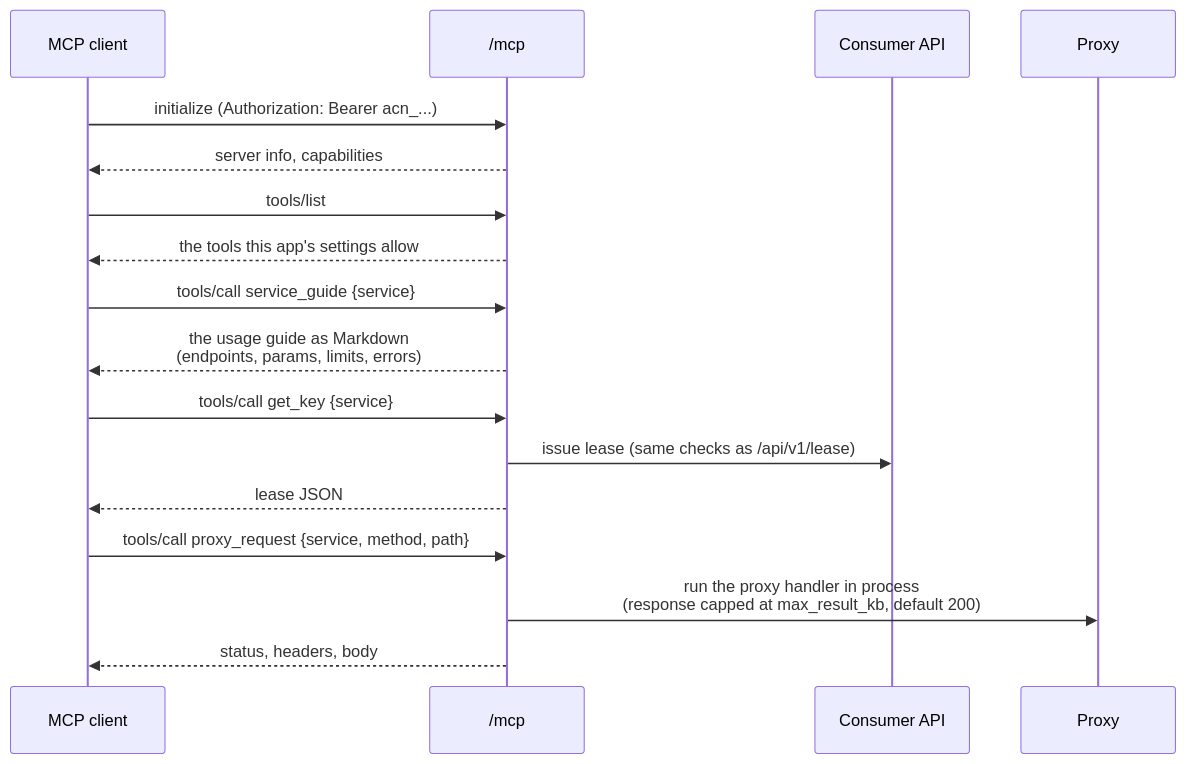
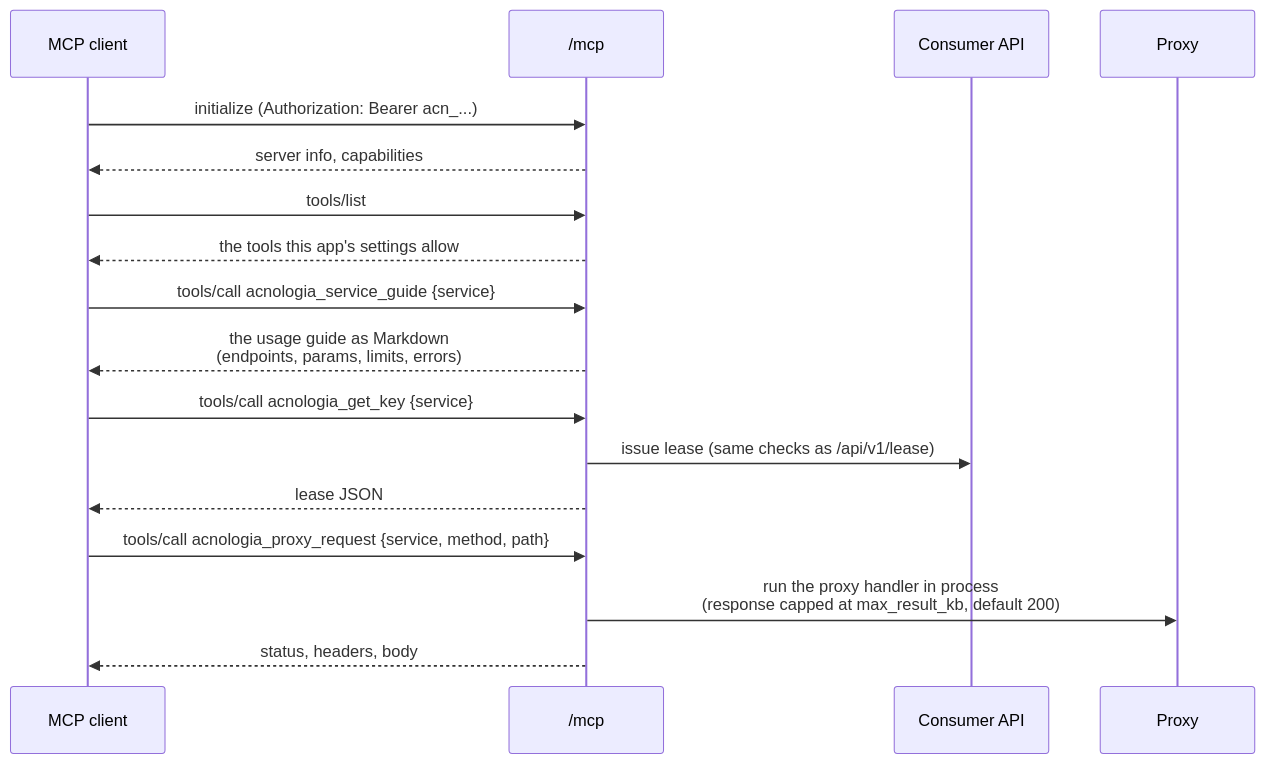
The ninth of 21 diagrams in server/internal/docsmd/files/flows.md (sidharthpunathil/acnologia), drawn with Mermaid before and after one commit. The commit also changed other lines of this file and 15 other files, not shown here.

First line of the commit message:
List the app MCP's built in tools as acnologia_<name> with output schemas

````diff
--- a/server/internal/docsmd/files/flows.md
+++ b/server/internal/docsmd/files/flows.md
@@ -499,20 +506,20 @@
 ```mermaid
 sequenceDiagram
     participant Ag as MCP client
     participant M as /mcp
     participant C as Consumer API
     participant P as Proxy
 
     Ag->>M: initialize (Authorization: Bearer acn_...)
     M-->>Ag: server info, capabilities
     Ag->>M: tools/list
     M-->>Ag: the tools this app's settings allow
-    Ag->>M: tools/call service_guide {service}
+    Ag->>M: tools/call acnologia_service_guide {service}
     M-->>Ag: the usage guide as Markdown<br/>(endpoints, params, limits, errors)
-    Ag->>M: tools/call get_key {service}
+    Ag->>M: tools/call acnologia_get_key {service}
     M->>C: issue lease (same checks as /api/v1/lease)
     M-->>Ag: lease JSON
-    Ag->>M: tools/call proxy_request {service, method, path}
+    Ag->>M: tools/call acnologia_proxy_request {service, method, path}
     M->>P: run the proxy handler in process<br/>(response capped at max_result_kb, default 200)
     M-->>Ag: status, headers, body
 ```
````
